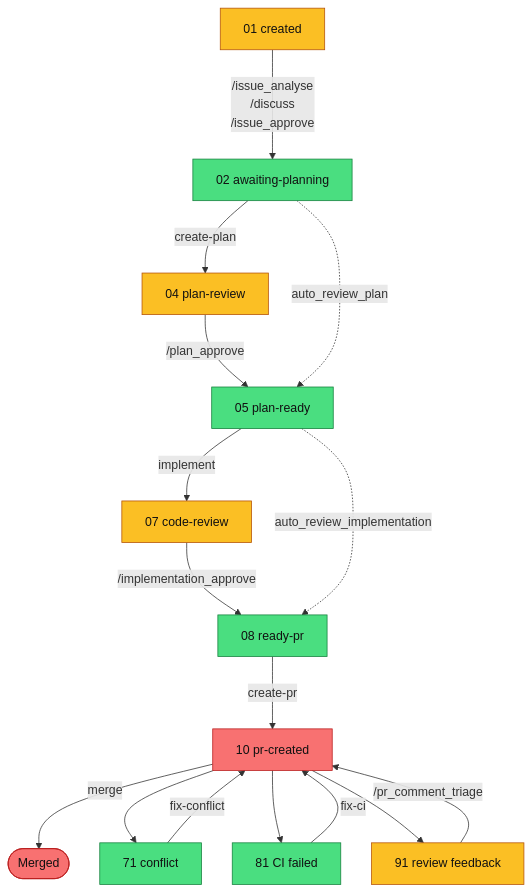
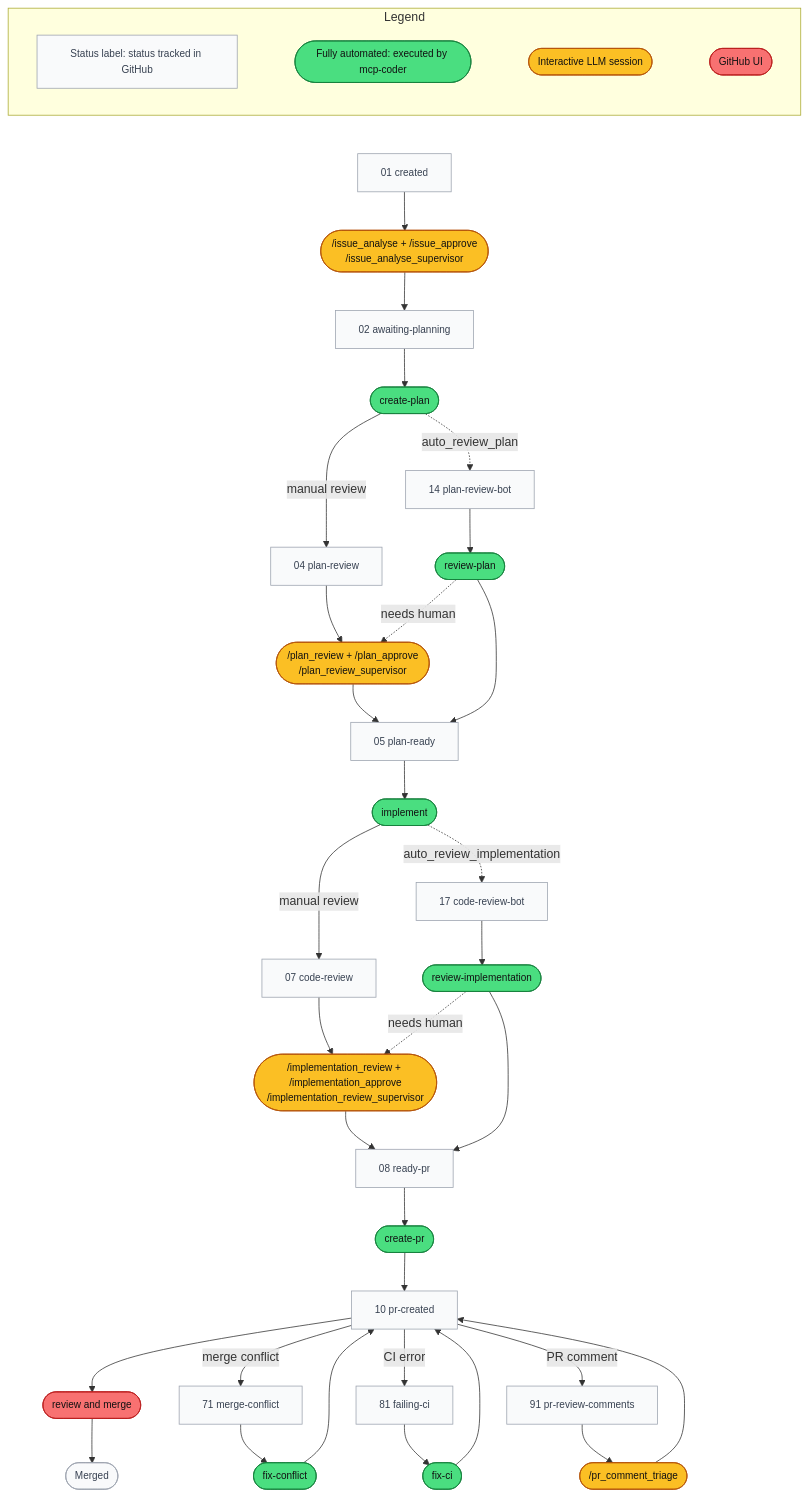
One commit to MarcusJellinghaus/mcp_coder changed the diagram in docs/processes-prompts/development-process.md. Above: the diagram before and after it, drawn with Mermaid. The commit also changed other lines of this file, not shown here.

Commit message:
docs(processes): rework overview diagram
Show actions as large boxes and statuses as small ones, add a legend,
show manual and automated review side by side, and label the PR
follow-up reasons.

````diff
--- a/docs/processes-prompts/development-process.md
+++ b/docs/processes-prompts/development-process.md
@@ -7,37 +7,67 @@
 ```mermaid
-%%{init: {"flowchart": {"rankSpacing": 70, "nodeSpacing": 40}}}%%
 flowchart TD
+    subgraph Legend
+        direction LR
+        L4["Status label: status tracked in GitHub"]
+        L3(["Fully automated: executed by mcp-coder"])
+        L2(["Interactive LLM session"])
+        L1(["GitHub UI"])
+        L4 ~~~ L3 ~~~ L2 ~~~ L1
+    end
+    Legend ~~~ S01
+
     S01["01 created"]
+    H1(["/issue_analyse + /issue_approve<br/>/issue_analyse_supervisor"])
     S02["02 awaiting-planning"]
+    A2(["create-plan"])
     S04["04 plan-review"]
+    H3(["/plan_review + /plan_approve<br/>/plan_review_supervisor"])
     S05["05 plan-ready"]
+    A4(["implement"])
     S07["07 code-review"]
+    H5(["/implementation_review + /implementation_approve<br/>/implementation_review_supervisor"])
     S08["08 ready-pr"]
+    A6(["create-pr"])
     S10["10 pr-created"]
-    S71["71 conflict"]
-    S81["81 CI failed"]
-    S91["91 review feedback"]
+    H7(["review and merge"])
     M(["Merged"])
 
-    S01 -->|"/issue_analyse<br/>/discuss<br/>/issue_approve"| S02
-    S02 -->|create-plan| S04
-    S04 -->|/plan_approve| S05
-    S05 -->|implement| S07
-    S07 -->|"/implementation_approve"| S08
-    S08 -->|create-pr| S10
-    S10 -->|merge| M
+    S14["14 plan-review-bot"]
+    A8(["review-plan"])
+    S17["17 code-review-bot"]
+    A9(["review-implementation"])
 
-    S10 --> S71 -->|fix-conflict| S10
-    S10 --> S81 -->|fix-ci| S10
-    S10 --> S91 -->|"/pr_comment_triage"| S10
+    S71["71 merge-conflict"]
+    S81["81 failing-ci"]
+    S91["91 pr-review-comments"]
+    F1(["fix-conflict"])
+    F2(["fix-ci"])
+    F3(["/pr_comment_triage"])
 
-    S02 -.->|"auto_review_plan"| S05
-    S05 -.->|"auto_review_implementation"| S08
+    S01 --> H1 --> S02 --> A2
 
-    classDef human fill:#f87171,stroke:#b91c1c,color:#111
-    classDef supervisor fill:#fbbf24,stroke:#b45309,color:#111
-    classDef auto fill:#4ade80,stroke:#15803d,color:#111
-    class M,S10 human
-    class S01,S04,S07,S91 supervisor
-    class S02,S05,S08,S71,S81 auto
+    A2 -->|"manual review"| S04 --> H3 --> S05
+    A2 -.->|"auto_review_plan"| S14 --> A8 --> S05
+    A8 -.->|"needs human"| H3
+
+    S05 --> A4
+
+    A4 -->|"manual review"| S07 --> H5 --> S08
+    A4 -.->|"auto_review_implementation"| S17 --> A9 --> S08
+    A9 -.->|"needs human"| H5
+
+    S08 --> A6 --> S10 --> H7 --> M
+
+    S10 -->|"merge conflict"| S71 --> F1 --> S10
+    S10 -->|"CI error"| S81 --> F2 --> S10
+    S10 -->|"PR comment"| S91 --> F3 --> S10
+
+    classDef state fill:#f9fafb,stroke:#9ca3af,color:#374151,font-size:13px
+    classDef actHuman fill:#f87171,stroke:#b91c1c,color:#111,font-size:13px
+    classDef actSupervisor fill:#fbbf24,stroke:#b45309,color:#111,font-size:13px
+    classDef actAuto fill:#4ade80,stroke:#15803d,color:#111,font-size:13px
+    class S01,S02,S04,S05,S07,S08,S10,S14,S17,S71,S81,S91,M,L4 state
+    class H7,L1 actHuman
+    class H1,H3,H5,F3,L2 actSupervisor
+    class A2,A4,A6,A8,A9,F1,F2,L3 actAuto
 ```
````
